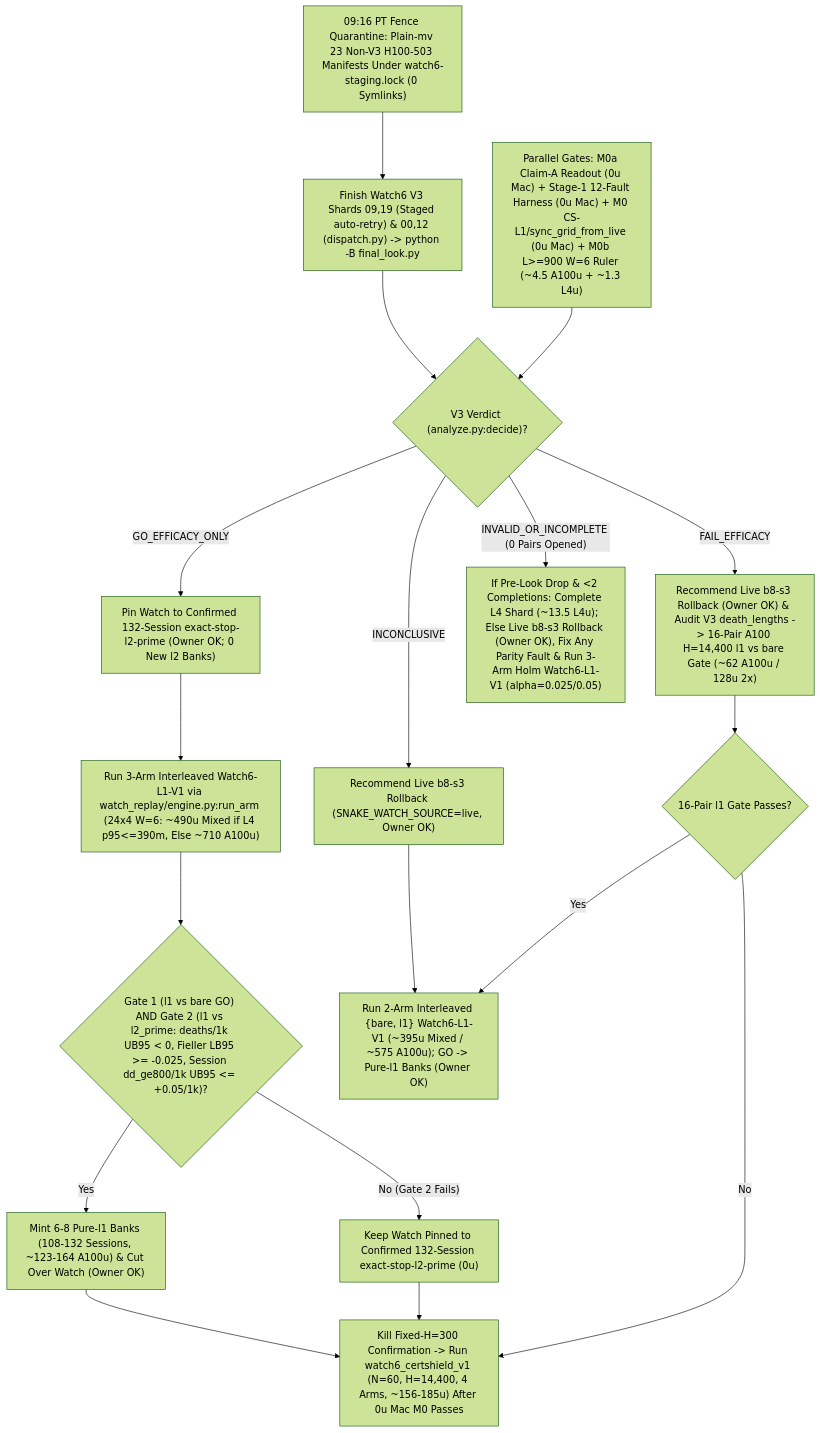
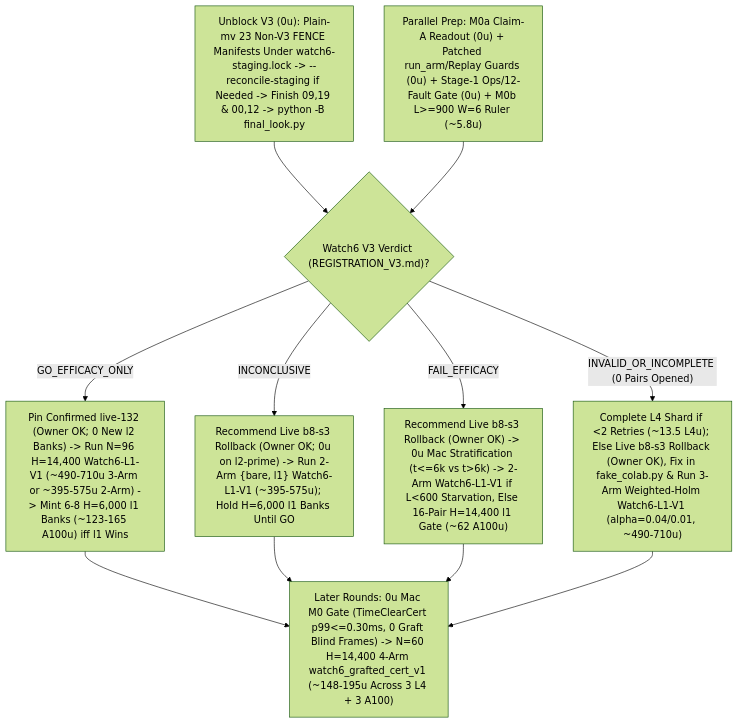
The diagram in docs/research/ROADMAP.md (josenunezwork/snake-dqn), drawn with Mermaid (forest theme) before and after one commit. The commit also changed other lines of this file, not shown here.

Commit message:
docs(roadmap): fold in round-13 synthesis as current and later-round advice

````diff
--- a/docs/research/ROADMAP.md
+++ b/docs/research/ROADMAP.md
@@ -96,20 +100,13 @@
 ```mermaid
 flowchart TD
-    Q["09:16 PT Fence Quarantine: Plain-mv 23 Non-V3 H100-503 Manifests Under watch6-staging.lock (0 Symlinks)"] --> V3["Finish Watch6 V3 Shards 09,19 (Staged auto-retry) & 00,12 (dispatch.py) -> python -B final_look.py"]
-    M0["Parallel Gates: M0a Claim-A Readout (0u Mac) + Stage-1 12-Fault Harness (0u Mac) + M0 CS-L1/sync_grid_from_live (0u Mac) + M0b L>=900 W=6 Ruler (~4.5 A100u + ~1.3 L4u)"] --> VERDICT{"V3 Verdict (analyze.py:decide)?"}
-    V3 --> VERDICT
-    VERDICT -- "GO_EFFICACY_ONLY" --> PIN_L2["Pin Watch to Confirmed 132-Session exact-stop-l2-prime (Owner OK; 0 New l2 Banks)"]
-    PIN_L2 --> L1_3ARM["Run 3-Arm Interleaved Watch6-L1-V1 via watch_replay/engine.py:run_arm (24x4 W=6: ~490u Mixed if L4 p95<=390m, Else ~710 A100u)"]
-    L1_3ARM --> GATE2{"Gate 1 (l1 vs bare GO) AND Gate 2 (l1 vs l2_prime: deaths/1k UB95 < 0, Fieller LB95 >= -0.025, Session dd_ge800/1k UB95 <= +0.05/1k)?"}
-    GATE2 -- "Yes" --> CUT_L1["Mint 6-8 Pure-l1 Banks (108-132 Sessions, ~123-164 A100u) & Cut Over Watch (Owner OK)"]
-    GATE2 -- "No (Gate 2 Fails)" --> KEEP_L2["Keep Watch Pinned to Confirmed 132-Session exact-stop-l2-prime (0u)"]
-    VERDICT -- "INCONCLUSIVE" --> INC_RB["Recommend Live b8-s3 Rollback (SNAKE_WATCH_SOURCE=live, Owner OK)"]
-    INC_RB --> L1_2ARM["Run 2-Arm Interleaved {bare, l1} Watch6-L1-V1 (~395u Mixed / ~575 A100u); GO -> Pure-l1 Banks (Owner OK)"]
-    VERDICT -- "INVALID_OR_INCOMPLETE (0 Pairs Opened)" --> INV_RB["If Pre-Look Drop & <2 Completions: Complete L4 Shard (~13.5 L4u); Else Live b8-s3 Rollback (Owner OK), Fix Any Parity Fault & Run 3-Arm Holm Watch6-L1-V1 (alpha=0.025/0.05)"]
-    VERDICT -- "FAIL_EFFICACY" --> FAIL_RB["Recommend Live b8-s3 Rollback (Owner OK) & Audit V3 death_lengths -> 16-Pair A100 H=14,400 l1 vs bare Gate (~62 A100u / 128u 2x)"]
-    FAIL_RB --> FAIL_GATE{"16-Pair l1 Gate Passes?"}
-    FAIL_GATE -- "Yes" --> L1_2ARM
-    FAIL_GATE -- "No" --> CSL1["Kill Fixed-H=300 Confirmation -> Run watch6_certshield_v1 (N=60, H=14,400, 4 Arms, ~156-185u) After 0u Mac M0 Passes"]
-    CUT_L1 --> CSL1
-    KEEP_L2 --> CSL1
+    FENCE["Unblock V3 (0u): Plain-mv 23 Non-V3 FENCE Manifests Under watch6-staging.lock -> --reconcile-staging if Needed -> Finish 09,19 & 00,12 -> python -B final_look.py"] --> V3{"Watch6 V3 Verdict (REGISTRATION_V3.md)?"}
+    PAR["Parallel Prep: M0a Claim-A Readout (0u) + Patched run_arm/Replay Guards (0u) + Stage-1 Ops/12-Fault Gate (0u) + M0b L>=900 W=6 Ruler (~5.8u)"] --> V3
+    V3 -- "GO_EFFICACY_ONLY" --> GO["Pin Confirmed live-132 (Owner OK; 0 New l2 Banks) -> Run N=96 H=14,400 Watch6-L1-V1 (~490-710u 3-Arm or ~395-575u 2-Arm) -> Mint 6-8 H=6,000 l1 Banks (~123-165 A100u) iff l1 Wins"]
+    V3 -- "INCONCLUSIVE" --> INC["Recommend Live b8-s3 Rollback (Owner OK; 0u on l2-prime) -> Run 2-Arm {bare, l1} Watch6-L1-V1 (~395-575u); Hold H=6,000 l1 Banks Until GO"]
+    V3 -- "FAIL_EFFICACY" --> FAIL["Recommend Live b8-s3 Rollback (Owner OK) -> 0u Mac Stratification (t<=6k vs t>6k) -> 2-Arm Watch6-L1-V1 if L<600 Starvation, Else 16-Pair H=14,400 l1 Gate (~62 A100u)"]
+    V3 -- "INVALID_OR_INCOMPLETE (0 Pairs Opened)" --> INV["Complete L4 Shard if <2 Retries (~13.5 L4u); Else Live b8-s3 Rollback (Owner OK), Fix in fake_colab.py & Run 3-Arm Weighted-Holm Watch6-L1-V1 (alpha=0.04/0.01, ~490-710u)"]
+    GO --> LATER["Later Rounds: 0u Mac M0 Gate (TimeClearCert p99<=0.30ms, 0 Graft Blind Frames) -> N=60 H=14,400 4-Arm watch6_grafted_cert_v1 (~148-195u Across 3 L4 + 3 A100)"]
+    INC --> LATER
+    FAIL --> LATER
+    INV --> LATER
 ```
````
